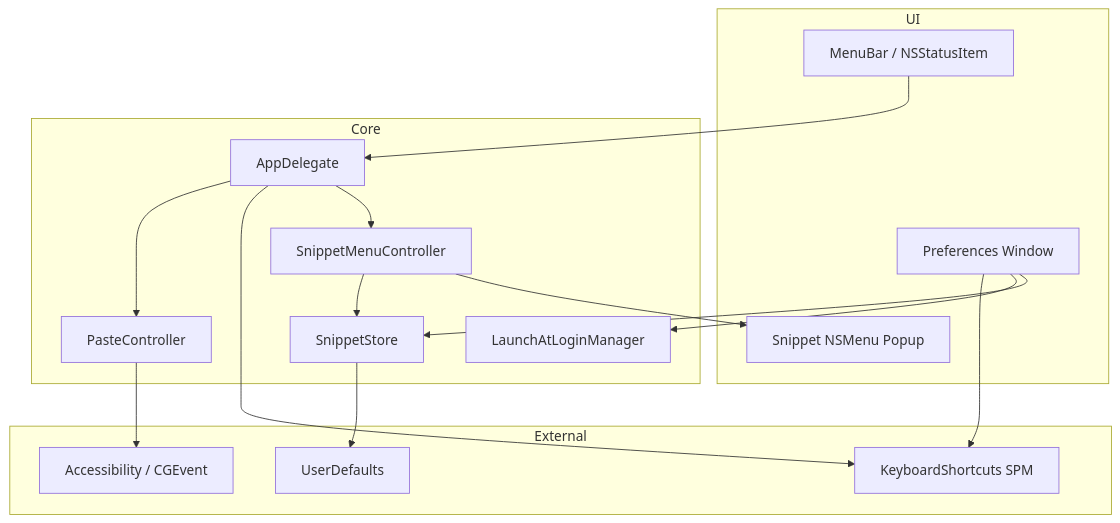
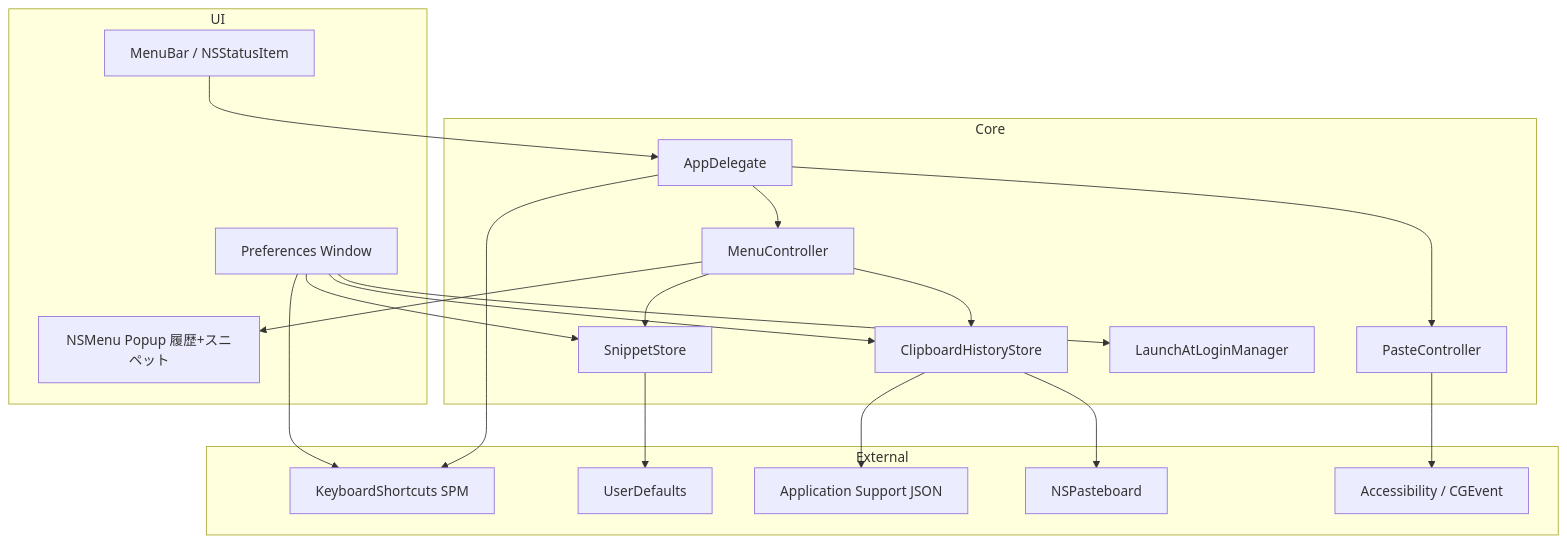
The first of 3 diagrams in docs/設計書.md (se-like/Snipet-Manager), drawn with Mermaid before and after one commit. The commit also changed other lines of this file and 16 other files, not shown here.

First line of the commit message:
Add Clipy-equivalent clipboard history

````diff
--- a/docs/設計書.md
+++ b/docs/設計書.md
@@ -43,34 +45,41 @@
 ```mermaid
 flowchart TB
   subgraph UI
     MB[MenuBar / NSStatusItem]
     PREF[Preferences Window]
-    MENU[Snippet NSMenu Popup]
+    MENU[NSMenu Popup 履歴+スニペット]
   end
 
   subgraph Core
     AD[AppDelegate]
-    SMC[SnippetMenuController]
+    MC[MenuController]
     STORE[SnippetStore]
+    HIST[ClipboardHistoryStore]
     PC[PasteController]
     LAL[LaunchAtLoginManager]
   end
 
   subgraph External
     KS[KeyboardShortcuts SPM]
     UD[UserDefaults]
+    FS[Application Support JSON]
+    PB[NSPasteboard]
     AX[Accessibility / CGEvent]
   end
 
   MB --> AD
-  AD --> SMC
+  AD --> MC
   AD --> KS
-  SMC --> MENU
-  SMC --> STORE
+  MC --> MENU
+  MC --> STORE
+  MC --> HIST
   AD --> PC
   PREF --> STORE
+  PREF --> HIST
   PREF --> LAL
   PREF --> KS
   STORE --> UD
+  HIST --> FS
+  HIST --> PB
   PC --> AX
 ```
````
